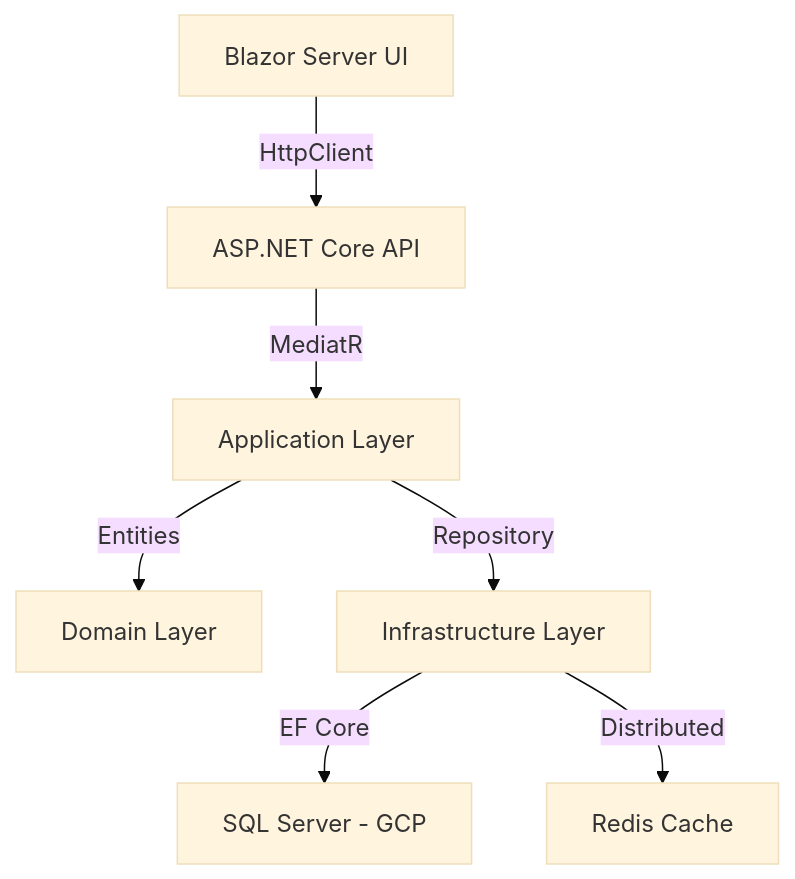
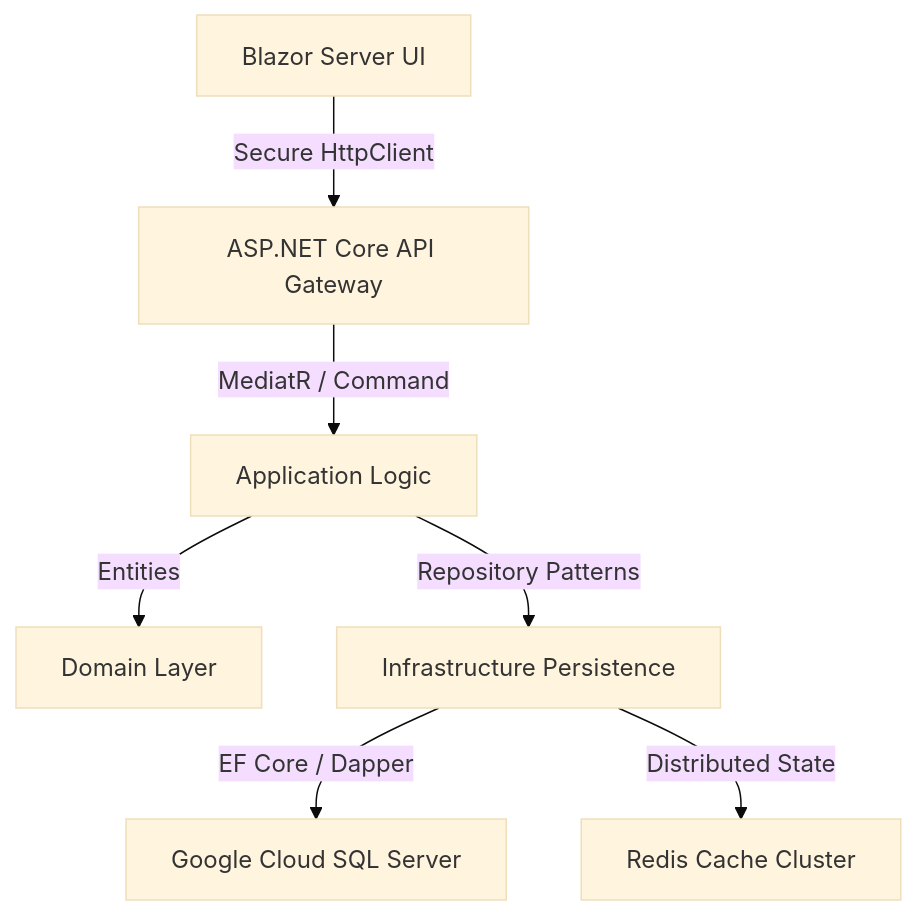
The diagram in README.md (KyloReb/FinanceManagementConsole), drawn with Mermaid (base theme) before and after one commit. The commit also changed other lines of this file and 10 other files, not shown here.

````diff
--- a/README.md
+++ b/README.md
@@ -15,9 +20,9 @@
 ```mermaid
 graph TD
-    UI[Blazor Server UI] -->|HttpClient| API[ASP.NET Core API]
-    API -->|MediatR| APP[Application Layer]
+    UI[Blazor Server UI] -->|Secure HttpClient| API[ASP.NET Core API Gateway]
+    API -->|MediatR / Command| APP[Application Logic]
     APP -->|Entities| DOM[Domain Layer]
-    APP -->|Repository| INF[Infrastructure Layer]
-    INF -->|EF Core| SQL[SQL Server - GCP]
-    INF -->|Distributed| REDIS[Redis Cache]
+    APP -->|Repository Patterns| INF[Infrastructure Persistence]
+    INF -->|EF Core / Dapper| SQL[Google Cloud SQL Server]
+    INF -->|Distributed State| REDIS[Redis Cache Cluster]
 ```
````
